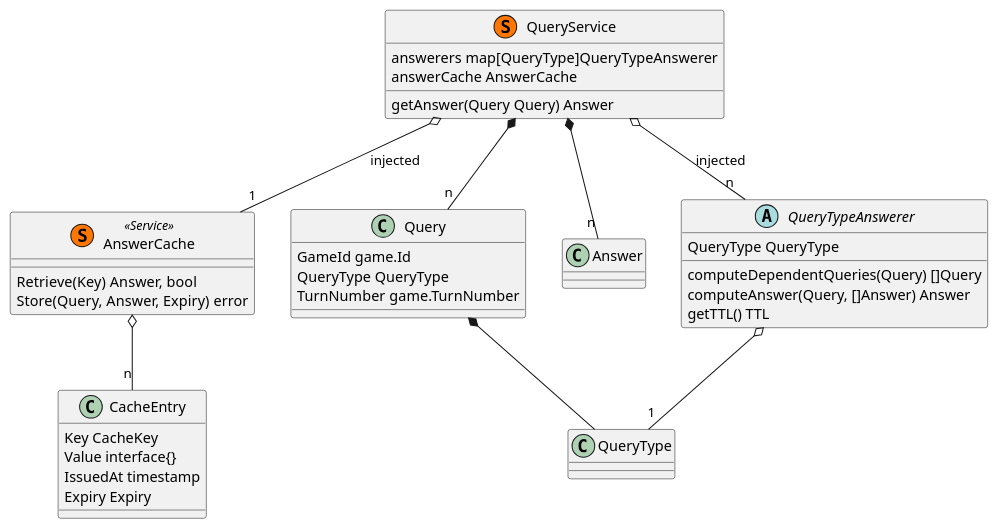
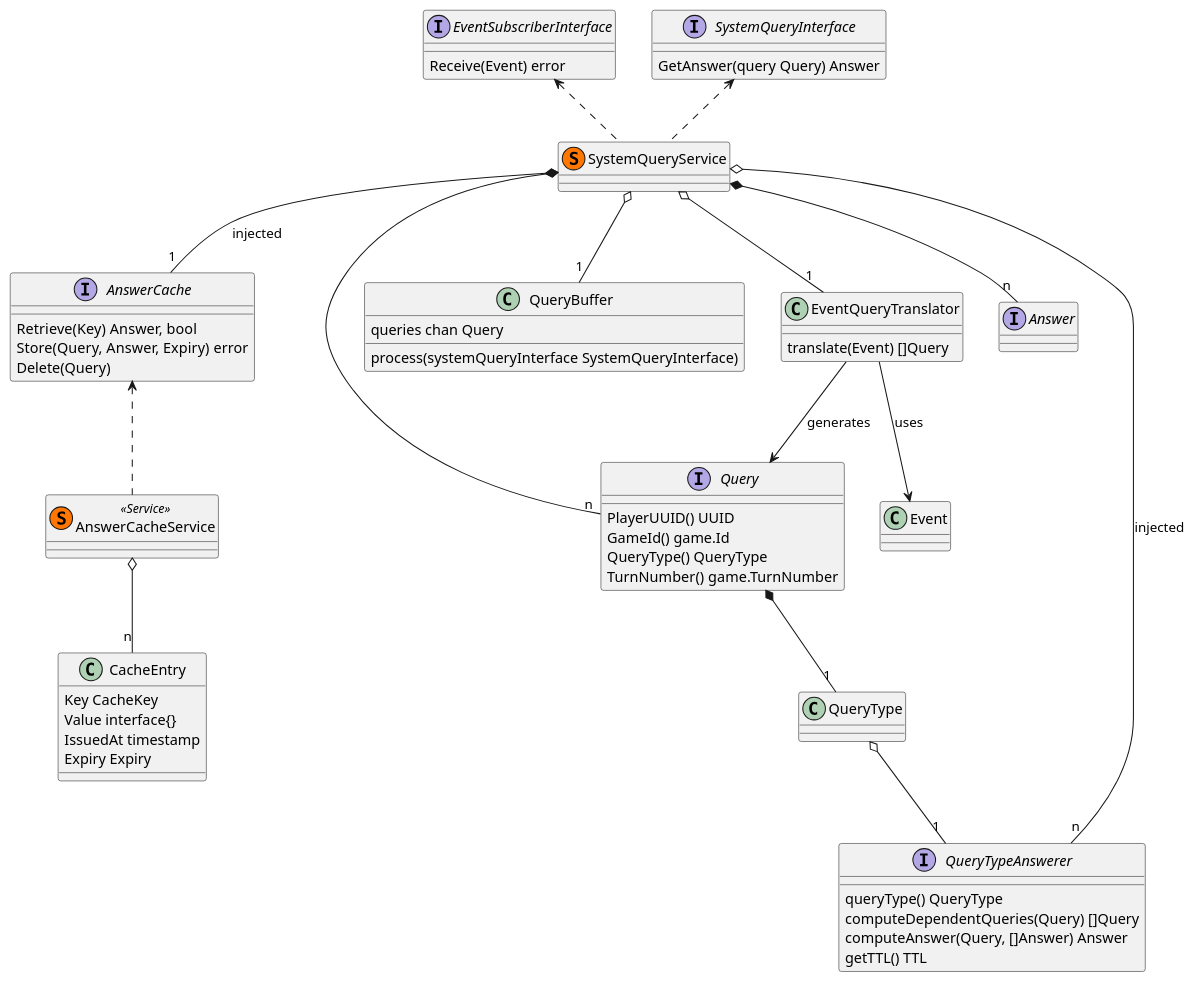
Before and after one commit to gnidan/foodtastechess-docs: the fifth of 7 diagrams in design/class_diagrams.rst, drawn with PlantUML. The commit also changed other lines of this file, not shown here.

Commit message:
New class diagrams and interating on existing

```diff
--- a/design/class_diagrams.rst
+++ b/design/class_diagrams.rst
@@ -113,45 +181,76 @@
 .. uml::
-    class AnswerCache << (S,#FF7700) Service >> {
+
+    interface Query {
+        PlayerUUID() UUID
+        GameId() game.Id
+        QueryType() QueryType
+        TurnNumber() game.TurnNumber
+    }
+
+    interface SystemQueryInterface {
+        GetAnswer(query Query) Answer
+    }
+
+    interface EventSubscriberInterface {
+        Receive(Event) error
+    }
+
+    class QueryBuffer {
+        queries chan Query
+        process(systemQueryInterface SystemQueryInterface)
+    }
+
+    class Event
+    class EventQueryTranslator {
+        translate(Event) []Query
+    }
+    EventQueryTranslator --> Event : uses
+    EventQueryTranslator --> Query : generates
+
+    interface Answer
+
+    class SystemQueryService << (S,#FF7700) >> {
+    }
+
+    SystemQueryService .up.> SystemQueryInterface
+    SystemQueryService .up.> EventSubscriberInterface
+    SystemQueryService o-- "1" EventQueryTranslator
+    SystemQueryService o-- "1" QueryBuffer
+
+    interface QueryTypeAnswerer {
+        queryType() QueryType
+        computeDependentQueries(Query) []Query
+        computeAnswer(Query, []Answer) Answer
+        getTTL() TTL
+    }
+
+    interface AnswerCache {
         Retrieve(Key) Answer, bool
         Store(Query, Answer, Expiry) error
+        Delete(Query)
     }
+
+    class AnswerCacheService << (S,#FF7700) Service >> {
+    }
+
+    AnswerCacheService .up.> AnswerCache
 
     class CacheEntry {
         Key CacheKey
         Value interface{}
         IssuedAt timestamp
         Expiry Expiry
     }
 
-    AnswerCache o-- "n" CacheEntry
+    AnswerCacheService o-- "n" CacheEntry
 
-    class Query {
-        GameId game.Id
-        QueryType QueryType
-        TurnNumber game.TurnNumber
-    }
 
-    class Answer
 
-    class QueryService << (S,#FF7700) >> {
-        answerers map[QueryType]QueryTypeAnswerer
-        answerCache AnswerCache
+    Query *-- "1"  QueryType
 
-        getAnswer(Query Query) Answer
-    }
+    SystemQueryService o-- "n" QueryTypeAnswerer : injected
+    SystemQueryService o-- "1" AnswerCache : injected
+    SystemQueryService *-- "n" Query
+    SystemQueryService *-- "n" Answer
 
-    abstract class QueryTypeAnswerer {
-        QueryType QueryType
-        computeDependentQueries(Query) []Query
-        computeAnswer(Query, []Answer) Answer
-        getTTL() TTL
-    }
-
-    Query *-- QueryType
-
-    QueryService o-- "n" QueryTypeAnswerer : injected
-    QueryService o-- "1" AnswerCache : injected
-    QueryService *-- "n" Query
-    QueryService *-- "n" Answer
-
-    QueryTypeAnswerer o-- "1" QueryType
+    QueryType o-- "1" QueryTypeAnswerer
```
